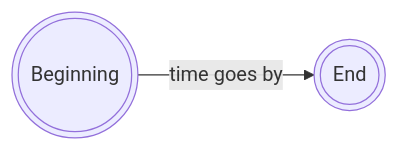
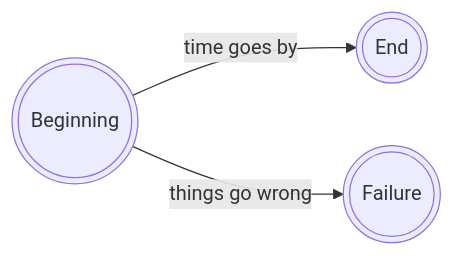
One commit to majochi/github-markdown changed the first of 4 diagrams in README.md. Above: the diagram before and after it, drawn with Mermaid.

````diff
--- a/README.md
+++ b/README.md
@@ -10,5 +10,6 @@
 ``` mermaid
 flowchart LR
 
 a(((Beginning))) -- time goes by --> b(((End)))
+a -- things go wrong --> f(((Failure)))
 ```
````
